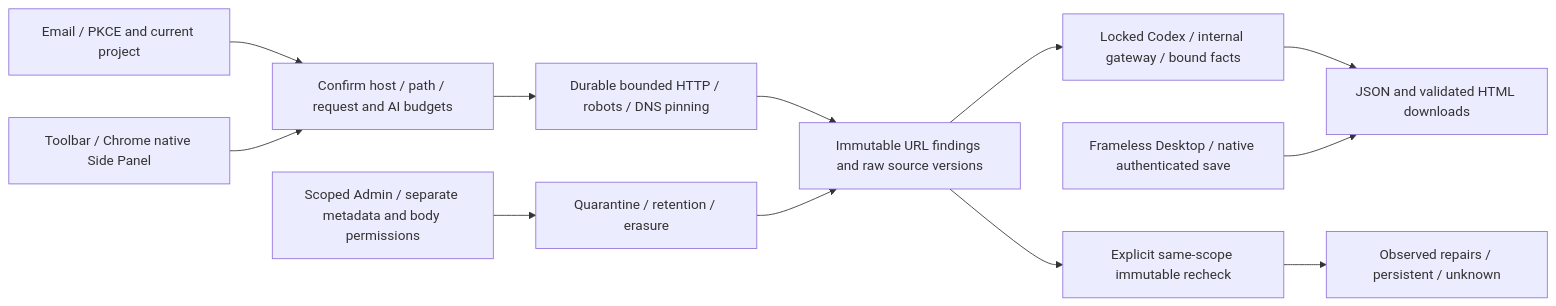
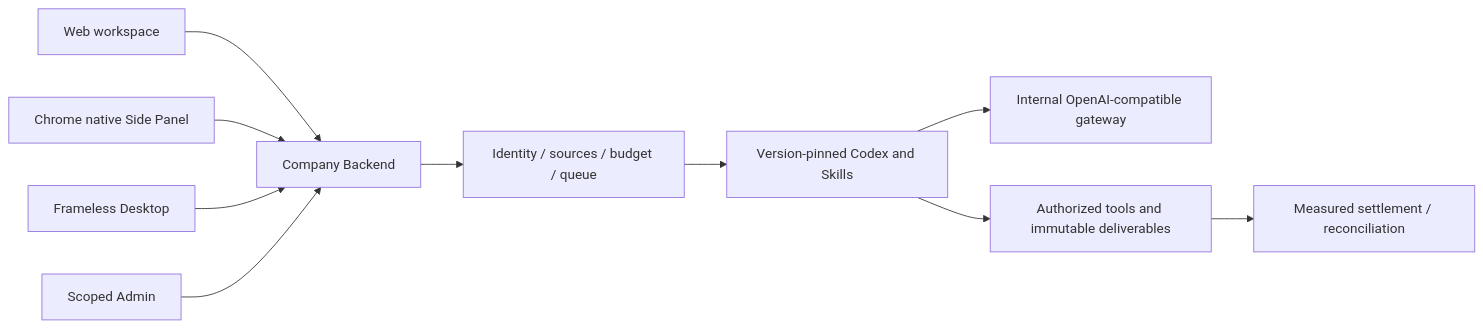
Before and after one commit to copypasteltd/workmate: the diagram in README.en.md, drawn with Mermaid. The commit also changed other lines of this file and 18 other files, not shown here.

````diff
--- a/README.en.md
+++ b/README.en.md
@@ -143,14 +13,12 @@
 ```mermaid
 flowchart LR
-  Login[Email / PKCE and current project] --> Confirm[Confirm host / path / request and AI budgets]
-  Confirm --> Crawl[Durable bounded HTTP / robots / DNS pinning]
-  Crawl --> Evidence[Immutable URL findings and raw source versions]
-  Evidence --> Codex[Locked Codex / internal gateway / bound facts]
-  Codex --> Download[JSON and validated HTML downloads]
-  Evidence --> Recheck[Explicit same-scope immutable recheck]
-  Recheck --> Compare[Observed repairs / persistent / unknown]
-  Desktop[Frameless Desktop / native authenticated save] --> Download
-  Panel[Toolbar / Chrome native Side Panel] --> Confirm
-  Admin[Scoped Admin / separate metadata and body permissions] --> Govern[Quarantine / retention / erasure]
-  Govern --> Evidence
+  Web[Web workspace] --> API[Company Backend]
+  Side[Chrome native Side Panel] --> API
+  Desktop[Frameless Desktop] --> API
+  Admin[Scoped Admin] --> API
+  API --> Guard[Identity / sources / budget / queue]
+  Guard --> Codex[Version-pinned Codex and Skills]
+  Codex --> Gateway[Internal OpenAI-compatible gateway]
+  Codex --> Tools[Authorized tools and immutable deliverables]
+  Tools --> Ledger[Measured settlement / reconciliation]
 ```
````
